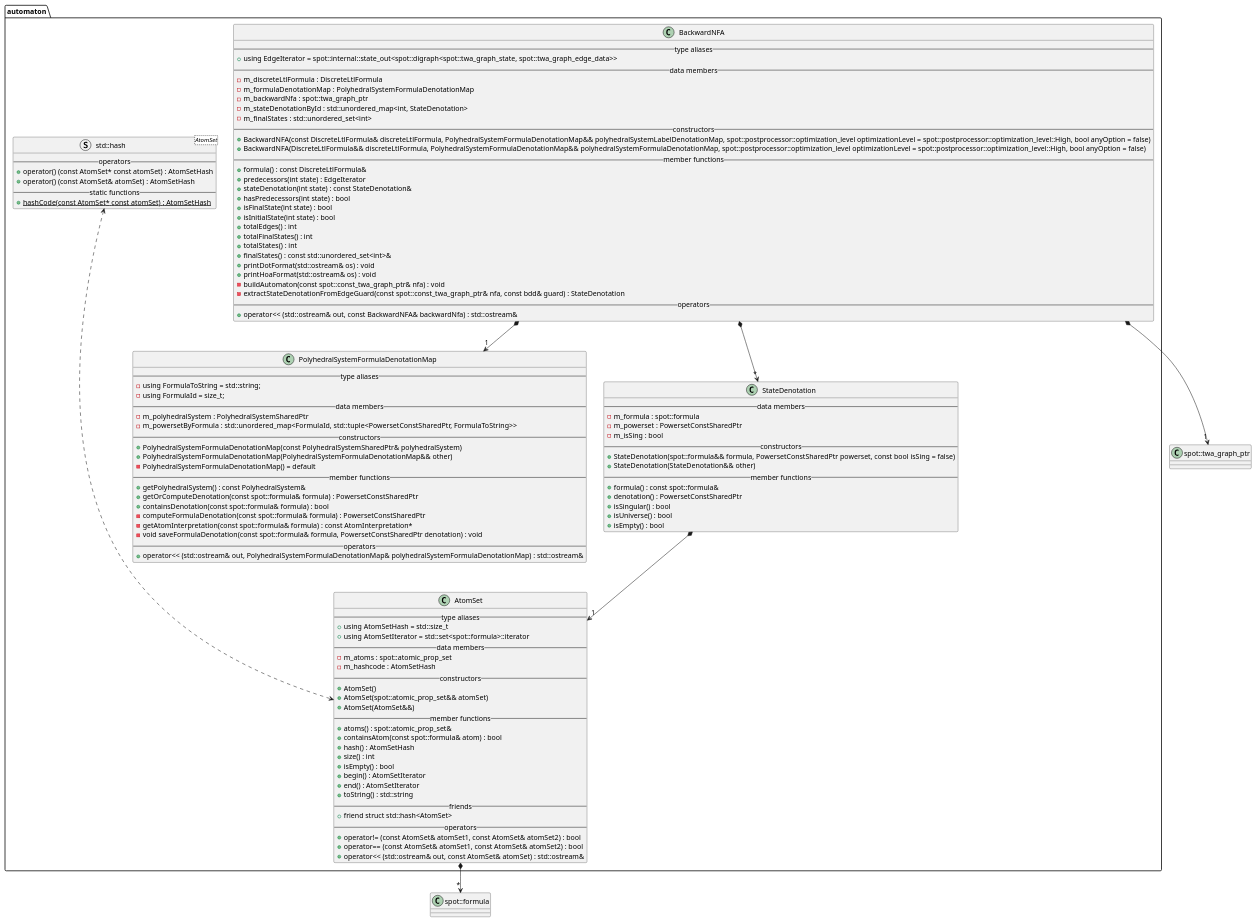
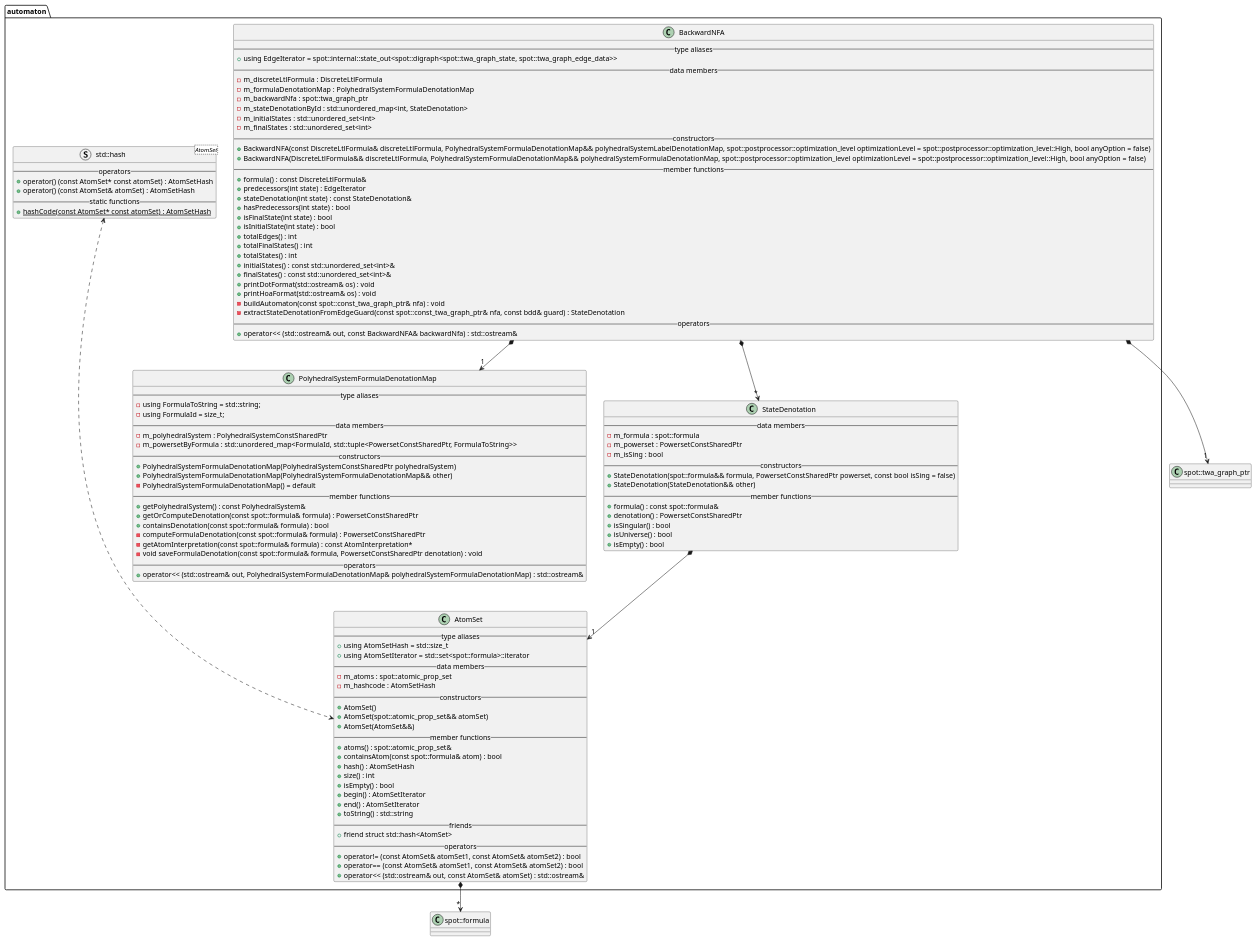
Before and after one commit to vtramo/rtl-mc: the diagram in docs/plantuml/automaton.puml, drawn with PlantUML. The commit also changed 2 other files, not shown here.

Commit message:
feat: store initial states in BackwardNFA

```diff
--- a/docs/plantuml/automaton.puml
+++ b/docs/plantuml/automaton.puml
@@ -1,120 +1,122 @@
 @startuml
 
 /' Objects '/
 package automaton {
     class AtomSet {
         --type aliases--
         +using AtomSetHash = std::size_t
         +using AtomSetIterator = std::set<spot::formula>::iterator
         --data members--
         -m_atoms : spot::atomic_prop_set
         -m_hashcode : AtomSetHash
         --constructors--
         +AtomSet()
         +AtomSet(spot::atomic_prop_set&& atomSet)
         +AtomSet(AtomSet&&)
         --member functions--
         +atoms() : spot::atomic_prop_set&
         +containsAtom(const spot::formula& atom) : bool
         +hash() : AtomSetHash
         +size() : int
         +isEmpty() : bool
         +begin() : AtomSetIterator
         +end() : AtomSetIterator
         +toString() : std::string
         --friends--
         +friend struct std::hash<AtomSet>
         --operators--
         +operator!= (const AtomSet& atomSet1, const AtomSet& atomSet2) : bool
         +operator== (const AtomSet& atomSet1, const AtomSet& atomSet2) : bool
         +operator<< (std::ostream& out, const AtomSet& atomSet) : std::ostream&
     }
 
     class BackwardNFA {
         --type aliases--
         +using EdgeIterator = spot::internal::state_out<spot::digraph<spot::twa_graph_state, spot::twa_graph_edge_data>>
         --data members--
         -m_discreteLtlFormula : DiscreteLtlFormula
         -m_formulaDenotationMap : PolyhedralSystemFormulaDenotationMap
         -m_backwardNfa : spot::twa_graph_ptr
         -m_stateDenotationById : std::unordered_map<int, StateDenotation>
+        -m_initialStates : std::unordered_set<int>
         -m_finalStates : std::unordered_set<int>
         --constructors--
         +BackwardNFA(const DiscreteLtlFormula& discreteLtlFormula, PolyhedralSystemFormulaDenotationMap&& polyhedralSystemLabelDenotationMap, spot::postprocessor::optimization_level optimizationLevel = spot::postprocessor::optimization_level::High, bool anyOption = false)
         +BackwardNFA(DiscreteLtlFormula&& discreteLtlFormula, PolyhedralSystemFormulaDenotationMap&& polyhedralSystemFormulaDenotationMap, spot::postprocessor::optimization_level optimizationLevel = spot::postprocessor::optimization_level::High, bool anyOption = false)
         --member functions--
         +formula() : const DiscreteLtlFormula&
         +predecessors(int state) : EdgeIterator
         +stateDenotation(int state) : const StateDenotation&
         +hasPredecessors(int state) : bool
         +isFinalState(int state) : bool
         +isInitialState(int state) : bool
         +totalEdges() : int
         +totalFinalStates() : int
         +totalStates() : int
+        +initialStates() : const std::unordered_set<int>&
         +finalStates() : const std::unordered_set<int>&
         +printDotFormat(std::ostream& os) : void
         +printHoaFormat(std::ostream& os) : void
         -buildAutomaton(const spot::const_twa_graph_ptr& nfa) : void
         -extractStateDenotationFromEdgeGuard(const spot::const_twa_graph_ptr& nfa, const bdd& guard) : StateDenotation
         --operators--
         +operator<< (std::ostream& out, const BackwardNFA& backwardNfa) : std::ostream&
     }
 
     class PolyhedralSystemFormulaDenotationMap {
         --type aliases--
         -using FormulaToString = std::string;
         -using FormulaId = size_t;
         --data members--
-        -m_polyhedralSystem : PolyhedralSystemSharedPtr
+        -m_polyhedralSystem : PolyhedralSystemConstSharedPtr
         -m_powersetByFormula : std::unordered_map<FormulaId, std::tuple<PowersetConstSharedPtr, FormulaToString>>
         --constructors--
-        +PolyhedralSystemFormulaDenotationMap(const PolyhedralSystemSharedPtr& polyhedralSystem)
+        +PolyhedralSystemFormulaDenotationMap(PolyhedralSystemConstSharedPtr polyhedralSystem)
         +PolyhedralSystemFormulaDenotationMap(PolyhedralSystemFormulaDenotationMap&& other)
         -PolyhedralSystemFormulaDenotationMap() = default
         --member functions--
         +getPolyhedralSystem() : const PolyhedralSystem&
         +getOrComputeDenotation(const spot::formula& formula) : PowersetConstSharedPtr
         +containsDenotation(const spot::formula& formula) : bool
         -computeFormulaDenotation(const spot::formula& formula) : PowersetConstSharedPtr
         -getAtomInterpretation(const spot::formula& formula) : const AtomInterpretation*
         -void saveFormulaDenotation(const spot::formula& formula, PowersetConstSharedPtr denotation) : void
         --operators--
         +operator<< (std::ostream& out, PolyhedralSystemFormulaDenotationMap& polyhedralSystemFormulaDenotationMap) : std::ostream&
     }
 
     class StateDenotation {
         --data members--
         -m_formula : spot::formula
         -m_powerset : PowersetConstSharedPtr
         -m_isSing : bool
         --constructors--
         +StateDenotation(spot::formula&& formula, PowersetConstSharedPtr powerset, const bool isSing = false)
         +StateDenotation(StateDenotation&& other)
         --member functions--
         +formula() : const spot::formula&
         +denotation() : PowersetConstSharedPtr
         +isSingular() : bool
         +isUniverse() : bool
         +isEmpty() : bool
     }
 
     struct std::hash<AtomSet> {
         --operators--
         +operator() (const AtomSet* const atomSet) : AtomSetHash
         +operator() (const AtomSet& atomSet) : AtomSetHash
         --static functions--
         +{static} hashCode(const AtomSet* const atomSet) : AtomSetHash
     }
 }
 
 class spot::twa_graph_ptr {}
 class spot::formula {}
 
 BackwardNFA *--> "1" spot::twa_graph_ptr
 BackwardNFA *--> "1" PolyhedralSystemFormulaDenotationMap
 BackwardNFA *--> "*" StateDenotation
 StateDenotation *--> "1" AtomSet
 AtomSet *--> "*" spot::formula
 std::hash <...> AtomSet
 @enduml
```
